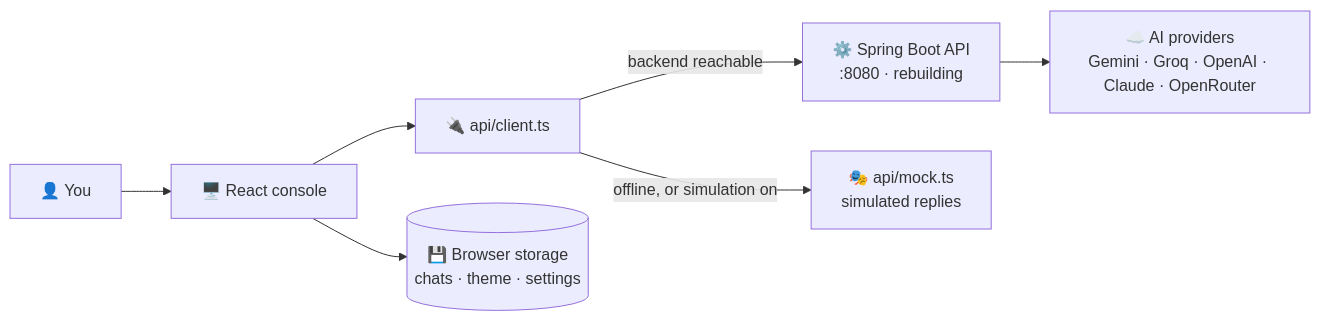
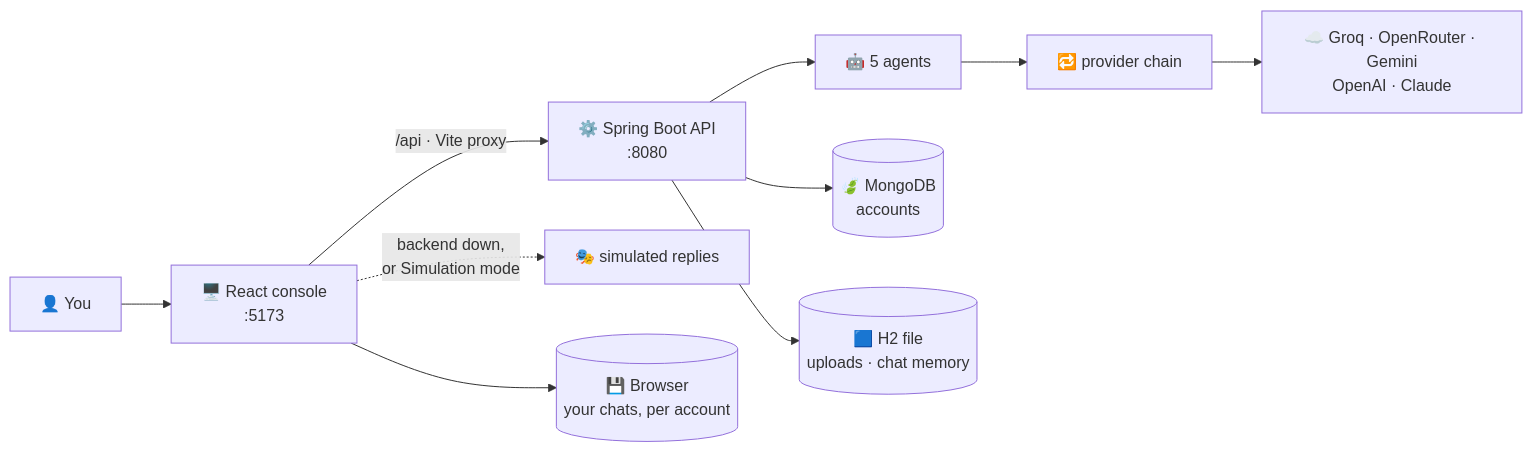
Before and after one commit to anurag-joshi-1403/Multi-Agent-AI-Platform: the diagram in README.md, drawn with Mermaid. The commit also changed other lines of this file, not shown here.

````diff
--- a/README.md
+++ b/README.md
@@ -68,9 +83,11 @@
 ```mermaid
 flowchart LR
-    U["👤 You"] --> UI["🖥️ React console"]
-    UI --> C["🔌 api/client.ts"]
-    C -->|"backend reachable"| B["⚙️ Spring Boot API<br/>:8080 · rebuilding"]
-    C -->|"offline, or simulation on"| S["🎭 api/mock.ts<br/>simulated replies"]
-    B --> AI["☁️ AI providers<br/>Gemini · Groq · OpenAI · Claude · OpenRouter"]
-    UI --> LS[("💾 Browser storage<br/>chats · theme · settings")]
+    U["👤 You"] --> UI["🖥️ React console<br/>:5173"]
+    UI -->|"/api · Vite proxy"| B["⚙️ Spring Boot API<br/>:8080"]
+    UI -.->|"backend down,<br/>or Simulation mode"| S["🎭 simulated replies"]
+    B --> AG["🤖 5 agents"] --> CH["🔁 provider chain"]
+    CH --> AI["☁️ Groq · OpenRouter · Gemini<br/>OpenAI · Claude"]
+    B --> MG[("🍃 MongoDB<br/>accounts")]
+    B --> H2[("🟦 H2 file<br/>uploads · chat memory")]
+    UI --> LS[("💾 Browser<br/>your chats, per account")]
 ```
````
